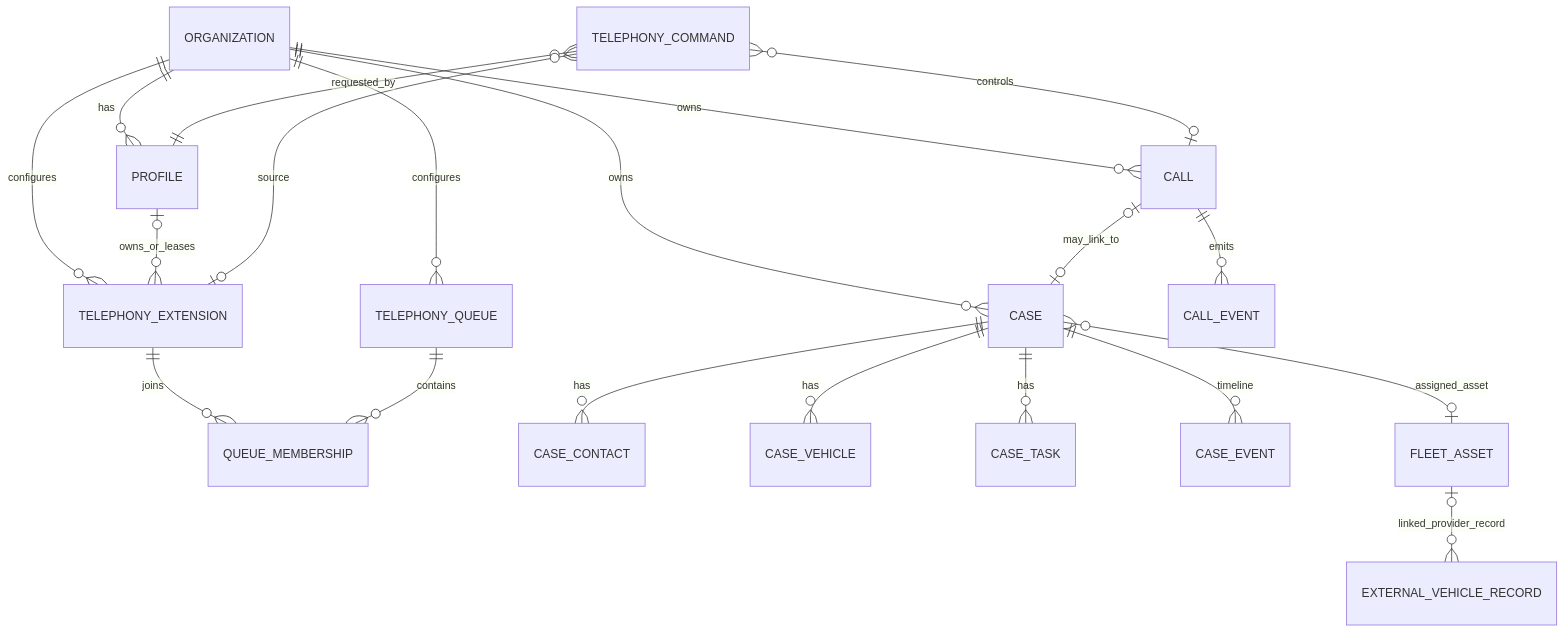
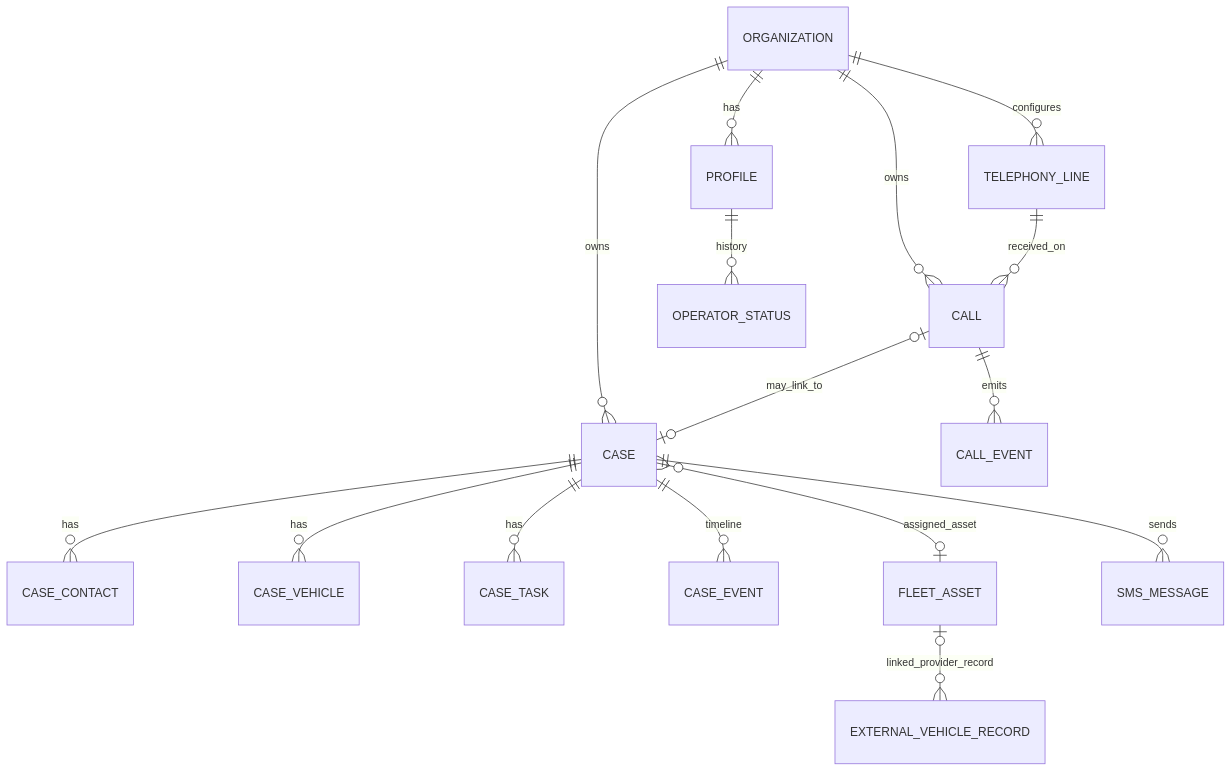
Before and after one commit to Alfopure/pomoc-motoristom-new: the second of 2 diagrams in AI_PROJECT_HANDOFF.md, drawn with Mermaid. The commit also changed other lines of this file and 19 other files, not shown here.

````diff
--- a/AI_PROJECT_HANDOFF.md
+++ b/AI_PROJECT_HANDOFF.md
@@ -124,22 +127,18 @@
 ```mermaid
 erDiagram
     ORGANIZATION ||--o{ PROFILE : has
     ORGANIZATION ||--o{ CASE : owns
     ORGANIZATION ||--o{ CALL : owns
-    ORGANIZATION ||--o{ TELEPHONY_EXTENSION : configures
-    ORGANIZATION ||--o{ TELEPHONY_QUEUE : configures
-    PROFILE o|--o{ TELEPHONY_EXTENSION : owns_or_leases
-    TELEPHONY_EXTENSION ||--o{ QUEUE_MEMBERSHIP : joins
-    TELEPHONY_QUEUE ||--o{ QUEUE_MEMBERSHIP : contains
+    ORGANIZATION ||--o{ TELEPHONY_LINE : configures
+    TELEPHONY_LINE ||--o{ CALL : received_on
     CALL ||--o{ CALL_EVENT : emits
     CALL o|--o| CASE : may_link_to
     CASE ||--o{ CASE_CONTACT : has
     CASE ||--o{ CASE_VEHICLE : has
     CASE ||--o{ CASE_TASK : has
     CASE ||--o{ CASE_EVENT : timeline
     CASE }o--o| FLEET_ASSET : assigned_asset
     FLEET_ASSET o|--o{ EXTERNAL_VEHICLE_RECORD : linked_provider_record
-    TELEPHONY_COMMAND }o--|| PROFILE : requested_by
-    TELEPHONY_COMMAND }o--o| CALL : controls
-    TELEPHONY_COMMAND }o--o| TELEPHONY_EXTENSION : source
+    PROFILE ||--o{ OPERATOR_STATUS : history
+    CASE ||--o{ SMS_MESSAGE : sends
 ```
````
